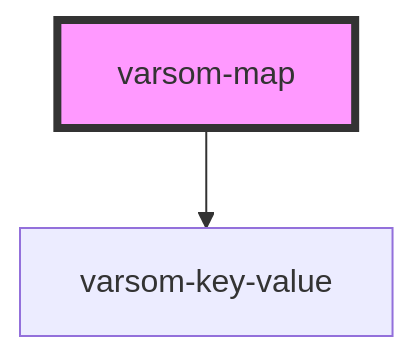
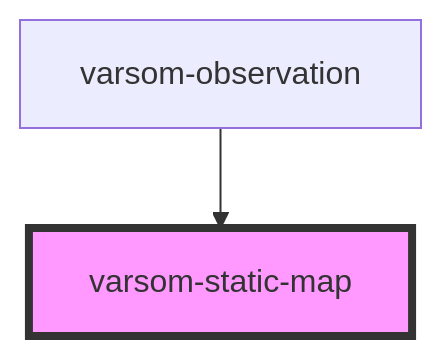
The diagram in observasjonskort/src/components/varsom-map/readme.md (NVE/varsom-observation), drawn with Mermaid before and after one commit. The commit also changed other lines of this file and 9 other files, not shown here.

````diff
--- a/observasjonskort/src/components/varsom-map/readme.md
+++ b/observasjonskort/src/components/varsom-map/readme.md
@@ -36,5 +23,5 @@
 ```mermaid
 graph TD;
-  varsom-map --> varsom-key-value
-  style varsom-map fill:#f9f,stroke:#333,stroke-width:4px
+  varsom-observation --> varsom-static-map
+  style varsom-static-map fill:#f9f,stroke:#333,stroke-width:4px
 ```
````
